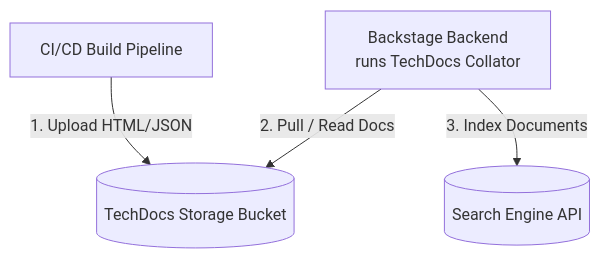
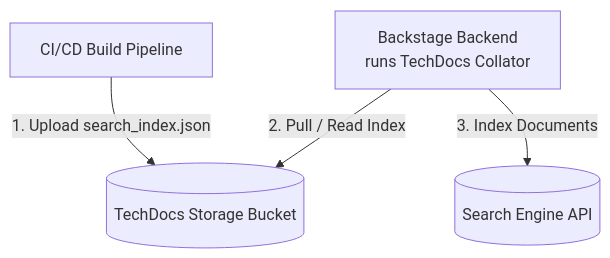
One commit to cooldemos/community-plugins changed the fourth of 7 diagrams in workspaces/hybrid-search/docs/architecture.md. Above: the diagram before and after it, drawn with Mermaid. The commit also changed other lines of this file, not shown here.

Commit message:
docs: correct techdocs ingestion performance explanations in docs/architecture.md

````diff
--- a/workspaces/hybrid-search/docs/architecture.md
+++ b/workspaces/hybrid-search/docs/architecture.md
@@ -120,6 +120,6 @@
 ```mermaid
 graph TD
-    Pipeline[CI/CD Build Pipeline] -->|1. Upload HTML/JSON| GCS[(TechDocs Storage Bucket)]
-    BS[Backstage Backend <br> runs TechDocs Collator] -->|2. Pull / Read Docs| GCS
+    Pipeline[CI/CD Build Pipeline] -->|1. Upload search_index.json| GCS[(TechDocs Storage Bucket)]
+    BS[Backstage Backend <br> runs TechDocs Collator] -->|2. Pull / Read Index| GCS
     BS -->|3. Index Documents| SearchEngine[(Search Engine API)]
 ```
````
